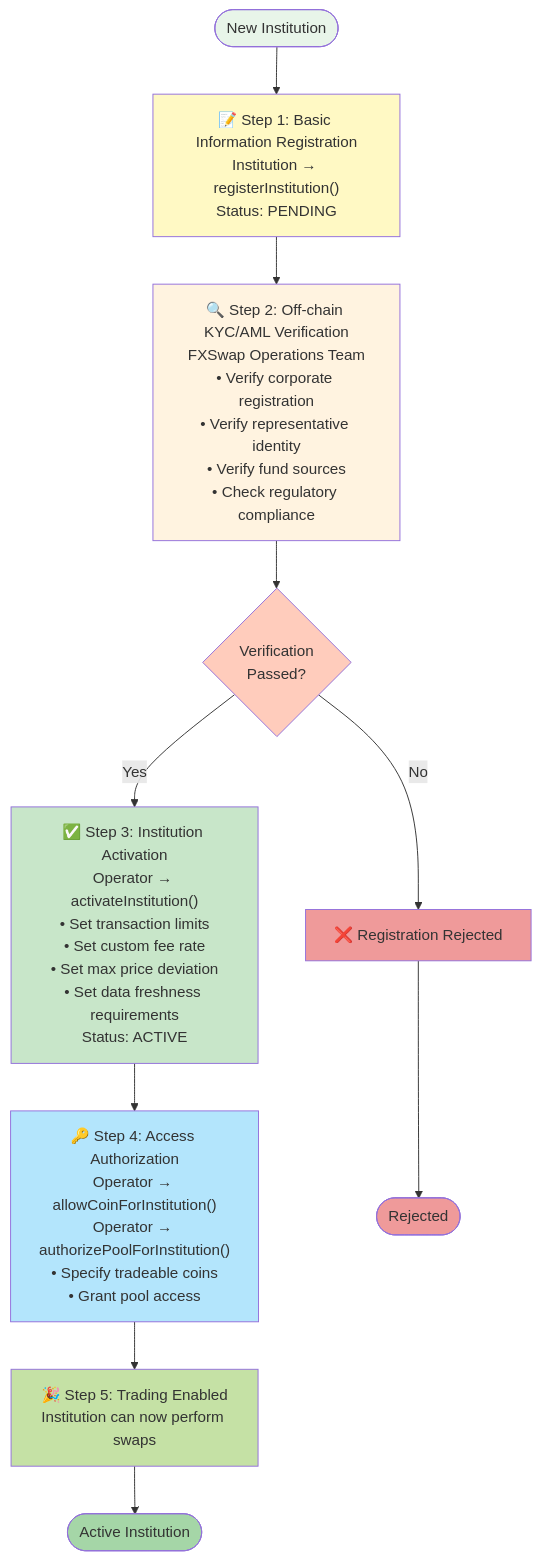
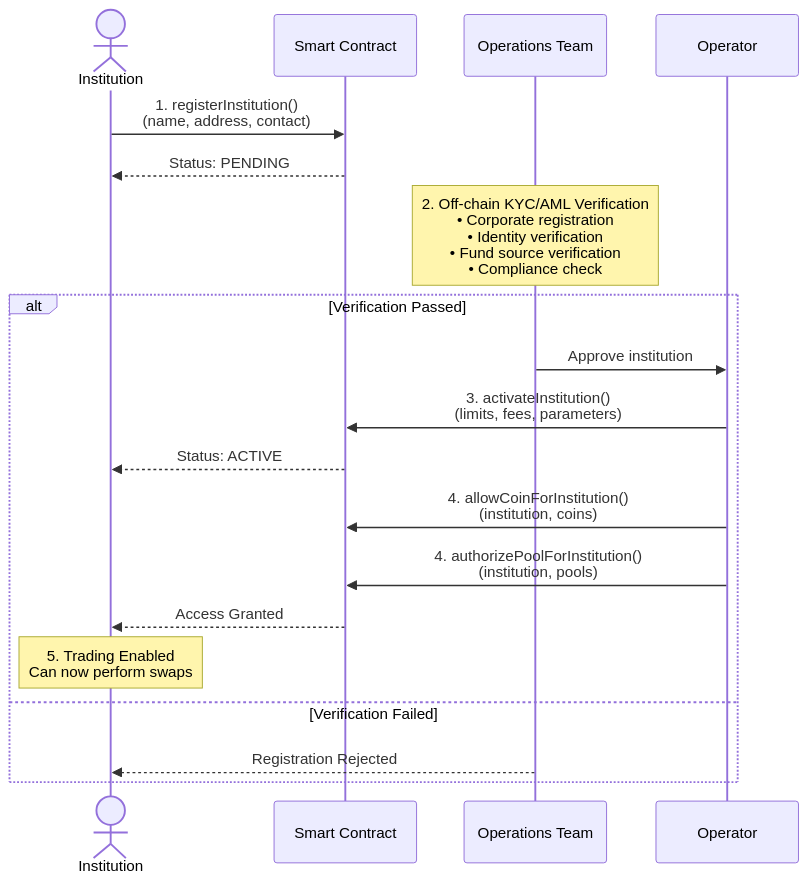
Before and after one commit to fbtopg/gurufin-docs: the second of 2 diagrams in gurudex/05_smart_contract_logic.md, drawn with Mermaid. The commit also changed other lines of this file and 18 other files, not shown here.

````diff
--- a/gurudex/05_smart_contract_logic.md
+++ b/gurudex/05_smart_contract_logic.md
@@ -84,39 +86,26 @@
 ```mermaid
-flowchart TD
-    Start([New Institution]) --> Step1
+sequenceDiagram
+    actor Institution
+    participant Contract as Smart Contract
+    participant Team as Operations Team
+    participant Operator
     
-    Step1["📝 Step 1: Basic Information Registration<br/>Institution → registerInstitution()<br/>Status: PENDING"]
+    Institution->>Contract: 1. registerInstitution()<br/>(name, address, contact)
+    Contract-->>Institution: Status: PENDING
     
-    Step1 --> Step2
+    Note over Team: 2. Off-chain KYC/AML Verification<br/>• Corporate registration<br/>• Identity verification<br/>• Fund source verification<br/>• Compliance check
     
-    Step2["🔍 Step 2: Off-chain KYC/AML Verification<br/>FXSwap Operations Team<br/>• Verify corporate registration<br/>• Verify representative identity<br/>• Verify fund sources<br/>• Check regulatory compliance"]
-    
-    Step2 --> Decision{Verification<br/>Passed?}
-    
-    Decision -->|No| Rejected[❌ Registration Rejected]
-    Decision -->|Yes| Step3
-    
-    Step3["✅ Step 3: Institution Activation<br/>Operator → activateInstitution()<br/>• Set transaction limits<br/>• Set custom fee rate<br/>• Set max price deviation<br/>• Set data freshness requirements<br/>Status: ACTIVE"]
-    
-    Step3 --> Step4
-    
-    Step4["🔑 Step 4: Access Authorization<br/>Operator → allowCoinForInstitution()<br/>Operator → authorizePoolForInstitution()<br/>• Specify tradeable coins<br/>• Grant pool access"]
-    
-    Step4 --> Step5
-    
-    Step5["🎉 Step 5: Trading Enabled<br/>Institution can now perform swaps"]
-    
-    Step5 --> End([Active Institution])
-    Rejected --> End2([Rejected])
-    
-    style Start fill:#e8f5e9
-    style Step1 fill:#fff9c4
-    style Step2 fill:#fff3e0
-    style Decision fill:#ffccbc
-    style Step3 fill:#c8e6c9
-    style Step4 fill:#b3e5fc
-    style Step5 fill:#c5e1a5
-    style End fill:#a5d6a7
-    style Rejected fill:#ef9a9a
-    style End2 fill:#ef9a9a
+    alt Verification Passed
+        Team->>Operator: Approve institution
+        Operator->>Contract: 3. activateInstitution()<br/>(limits, fees, parameters)
+        Contract-->>Institution: Status: ACTIVE
+        
+        Operator->>Contract: 4. allowCoinForInstitution()<br/>(institution, coins)
+        Operator->>Contract: 4. authorizePoolForInstitution()<br/>(institution, pools)
+        Contract-->>Institution: Access Granted
+        
+        Note over Institution: 5. Trading Enabled<br/>Can now perform swaps
+    else Verification Failed
+        Team-->>Institution: Registration Rejected
+    end
 ```
````
